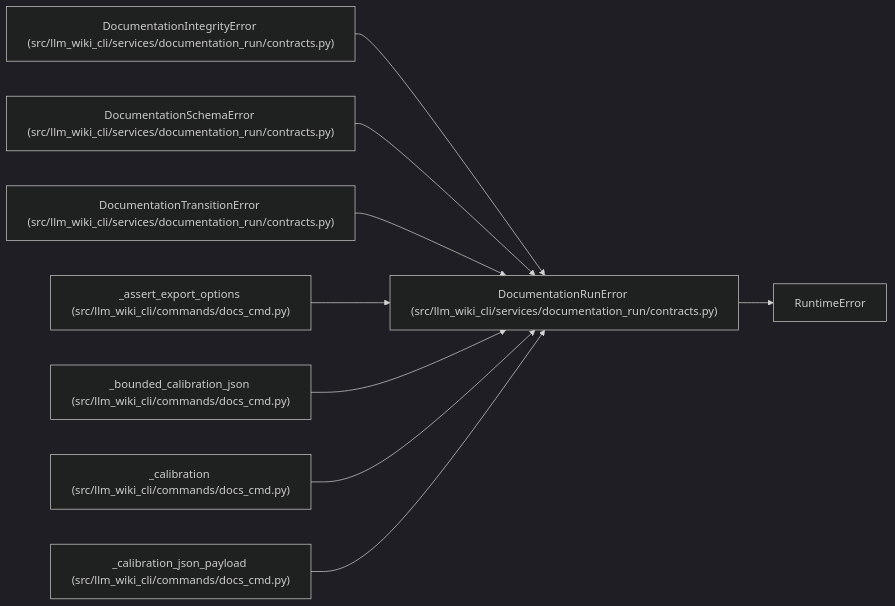
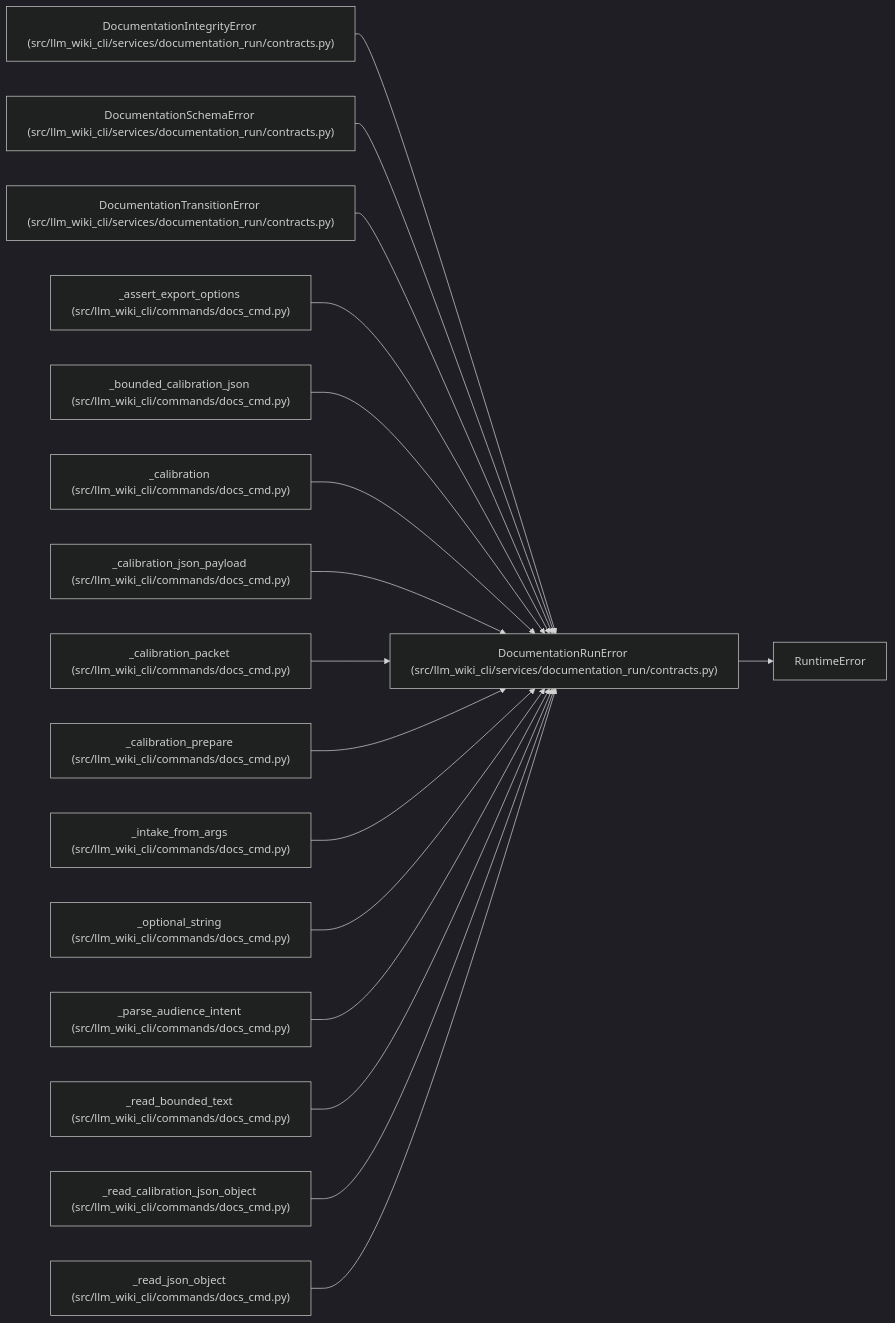
Before and after one commit to Denissvgn/python-wiki-llm: the diagram in docs/llm_wiki/entities/DocumentationRunError.md, drawn with Mermaid (dark theme). The commit also changed other lines of this file and 493 other files, not shown here.

````diff
--- a/docs/llm_wiki/entities/DocumentationRunError.md
+++ b/docs/llm_wiki/entities/DocumentationRunError.md
@@ -23,28 +23,52 @@
 ```mermaid
 flowchart LR
     n0["DocumentationRunError (src/llm_wiki_cli/services/documentation_run/contracts.py)"]
     n1["RuntimeError"]
     n2["DocumentationIntegrityError (src/llm_wiki_cli/services/documentation_run/contracts.py)"]
     n3["DocumentationSchemaError (src/llm_wiki_cli/services/documentation_run/contracts.py)"]
     n4["DocumentationTransitionError (src/llm_wiki_cli/services/documentation_run/contracts.py)"]
     n5["_assert_export_options (src/llm_wiki_cli/commands/docs_cmd.py)"]
     n6["_bounded_calibration_json (src/llm_wiki_cli/commands/docs_cmd.py)"]
     n7["_calibration (src/llm_wiki_cli/commands/docs_cmd.py)"]
     n8["_calibration_json_payload (src/llm_wiki_cli/commands/docs_cmd.py)"]
+    n9["_calibration_packet (src/llm_wiki_cli/commands/docs_cmd.py)"]
+    n10["_calibration_prepare (src/llm_wiki_cli/commands/docs_cmd.py)"]
+    n11["_intake_from_args (src/llm_wiki_cli/commands/docs_cmd.py)"]
+    n12["_optional_string (src/llm_wiki_cli/commands/docs_cmd.py)"]
+    n13["_parse_audience_intent (src/llm_wiki_cli/commands/docs_cmd.py)"]
+    n14["_read_bounded_text (src/llm_wiki_cli/commands/docs_cmd.py)"]
+    n15["_read_calibration_json_object (src/llm_wiki_cli/commands/docs_cmd.py)"]
+    n16["_read_json_object (src/llm_wiki_cli/commands/docs_cmd.py)"]
     n0 --> n1
     n2 --> n0
     n3 --> n0
     n4 --> n0
     n5 --> n0
     n6 --> n0
     n7 --> n0
     n8 --> n0
+    n9 --> n0
+    n10 --> n0
+    n11 --> n0
+    n12 --> n0
+    n13 --> n0
+    n14 --> n0
+    n15 --> n0
+    n16 --> n0
     click n0 "../modules/documentation_run_contracts.md"
     click n2 "../modules/documentation_run_contracts.md"
     click n3 "../modules/documentation_run_contracts.md"
     click n4 "../modules/documentation_run_contracts.md"
     click n5 "../modules/docs_cmd.md"
     click n6 "../modules/docs_cmd.md"
     click n7 "../modules/docs_cmd.md"
     click n8 "../modules/docs_cmd.md"
+    click n9 "../modules/docs_cmd.md"
+    click n10 "../modules/docs_cmd.md"
+    click n11 "../modules/docs_cmd.md"
+    click n12 "../modules/docs_cmd.md"
+    click n13 "../modules/docs_cmd.md"
+    click n14 "../modules/docs_cmd.md"
+    click n15 "../modules/docs_cmd.md"
+    click n16 "../modules/docs_cmd.md"
 ```
````
